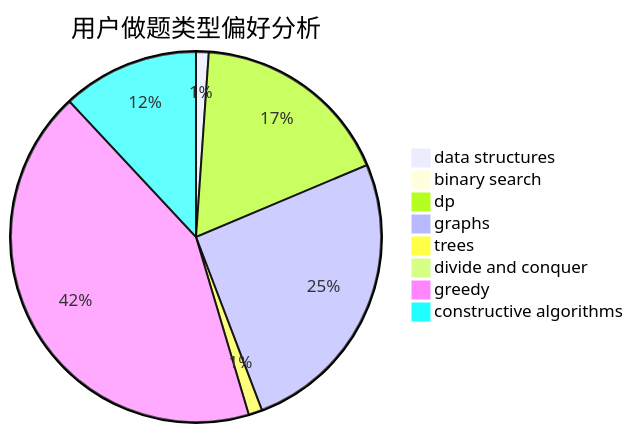
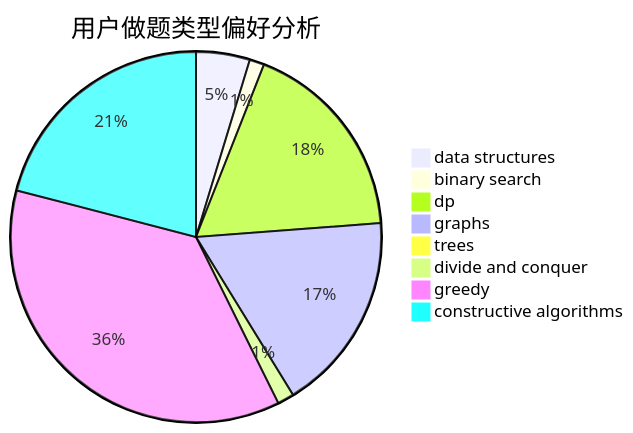
Before and after one commit to sherpahu/cfrs.github.io: the second of 3 diagrams in docs/user/u272.md, drawn with Mermaid. The commit also changed other lines of this file and 2770 other files, not shown here.

````diff
--- a/docs/user/u272.md
+++ b/docs/user/u272.md
@@ -23,11 +23,11 @@
 ```mermaid
 pie title 用户做题类型偏好分析
-    "data structures" :  12
-    "binary search" :  8
-    "dp" :  191
-    "graphs" :  278
-    "trees" :  13
-    "divide and conquer" :  0
-    "greedy" :  464
-    "constructive algorithms" :  130
+    "data structures" :  84
+    "binary search" :  23
+    "dp" :  319
+    "graphs" :  312
+    "trees" :  6
+    "divide and conquer" :  26
+    "greedy" :  651
+    "constructive algorithms" :  375
 ```
````
